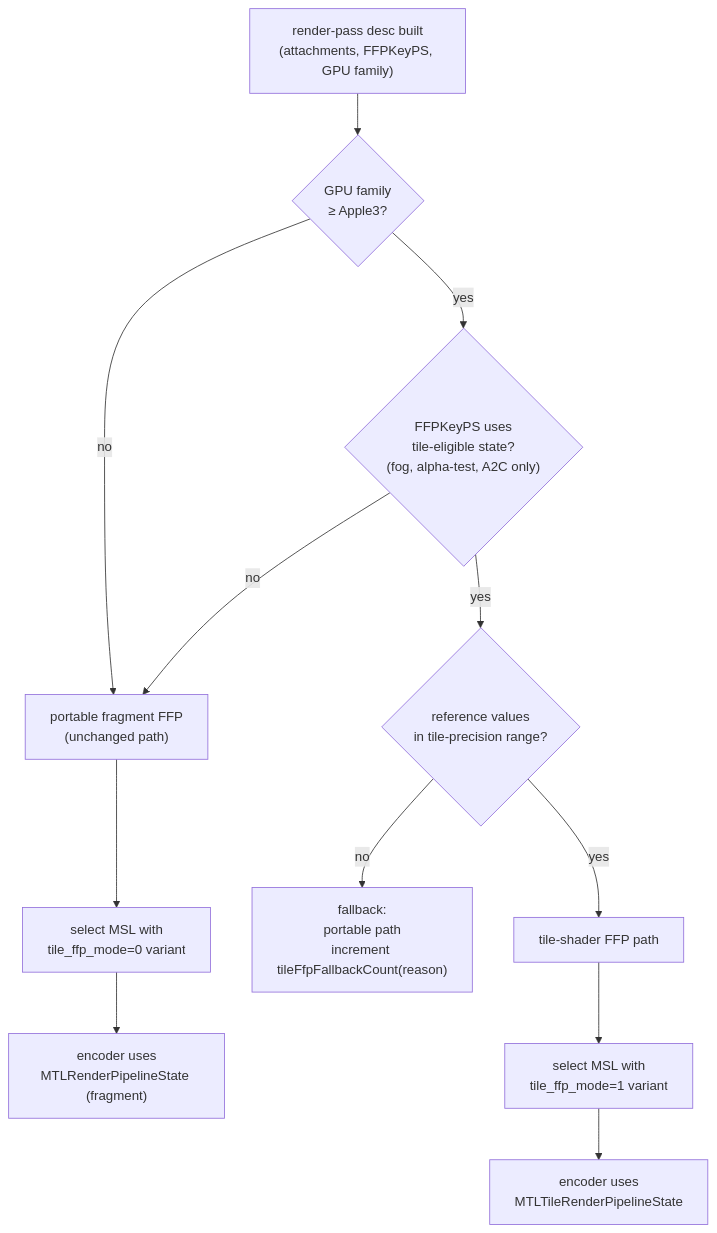
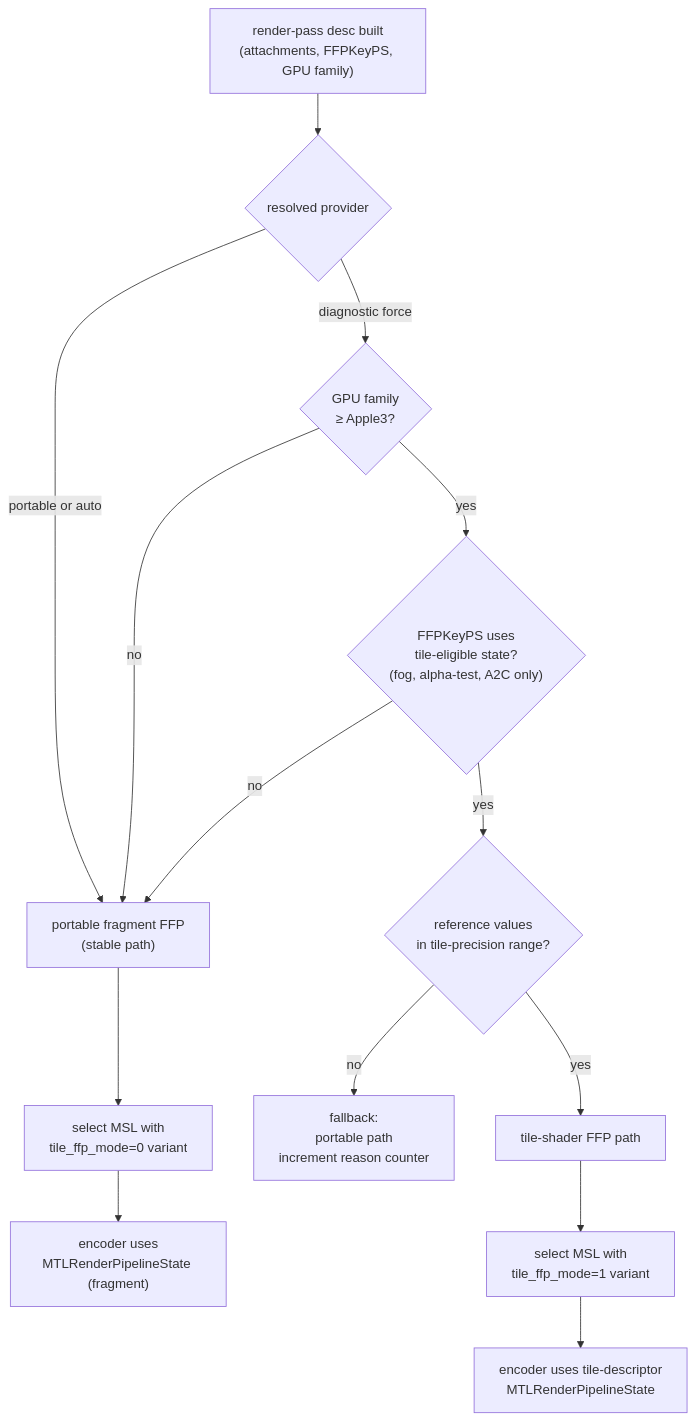
Before and after one commit to dfdgsdfg/dxmt9: diagram 22 of 27 in specs/backend/spec.md, drawn with Mermaid. The commit also changed other lines of this file and 15 other files, not shown here.

Commit message:
backend: fail closed unsafe tile FFP auto path

````diff
--- a/specs/backend/spec.md
+++ b/specs/backend/spec.md
@@ -1732,14 +1733,16 @@
 ```mermaid
 flowchart TD
-    PASS["render-pass desc built\n(attachments, FFPKeyPS, GPU family)"] --> CAP{"GPU family\n≥ Apple3?"}
-    CAP -->|"no"| PORT["portable fragment FFP\n(unchanged path)"]
+    PASS["render-pass desc built\n(attachments, FFPKeyPS, GPU family)"] --> MODE{"resolved provider"}
+    MODE -->|"portable or auto"| PORT["portable fragment FFP\n(stable path)"]
+    MODE -->|"diagnostic force"| CAP{"GPU family\n≥ Apple3?"}
+    CAP -->|"no"| PORT
     CAP -->|"yes"| KEY{"FFPKeyPS uses\ntile-eligible state?\n(fog, alpha-test, A2C only)"}
     KEY -->|"no"| PORT
     KEY -->|"yes"| PRECISION{"reference values\nin tile-precision range?"}
-    PRECISION -->|"no"| FALLBACK["fallback:\nportable path\nincrement tileFfpFallbackCount(reason)"]
+    PRECISION -->|"no"| FALLBACK["fallback:\nportable path\nincrement reason counter"]
     PRECISION -->|"yes"| TILE["tile-shader FFP path"]
     TILE --> CMP["select MSL with\ntile_ffp_mode=1 variant"]
     PORT --> CMP_P["select MSL with\ntile_ffp_mode=0 variant"]
-    CMP --> ENC["encoder uses\nMTLTileRenderPipelineState"]
+    CMP --> ENC["encoder uses tile-descriptor\nMTLRenderPipelineState"]
     CMP_P --> ENC2["encoder uses\nMTLRenderPipelineState (fragment)"]
 ```
````
